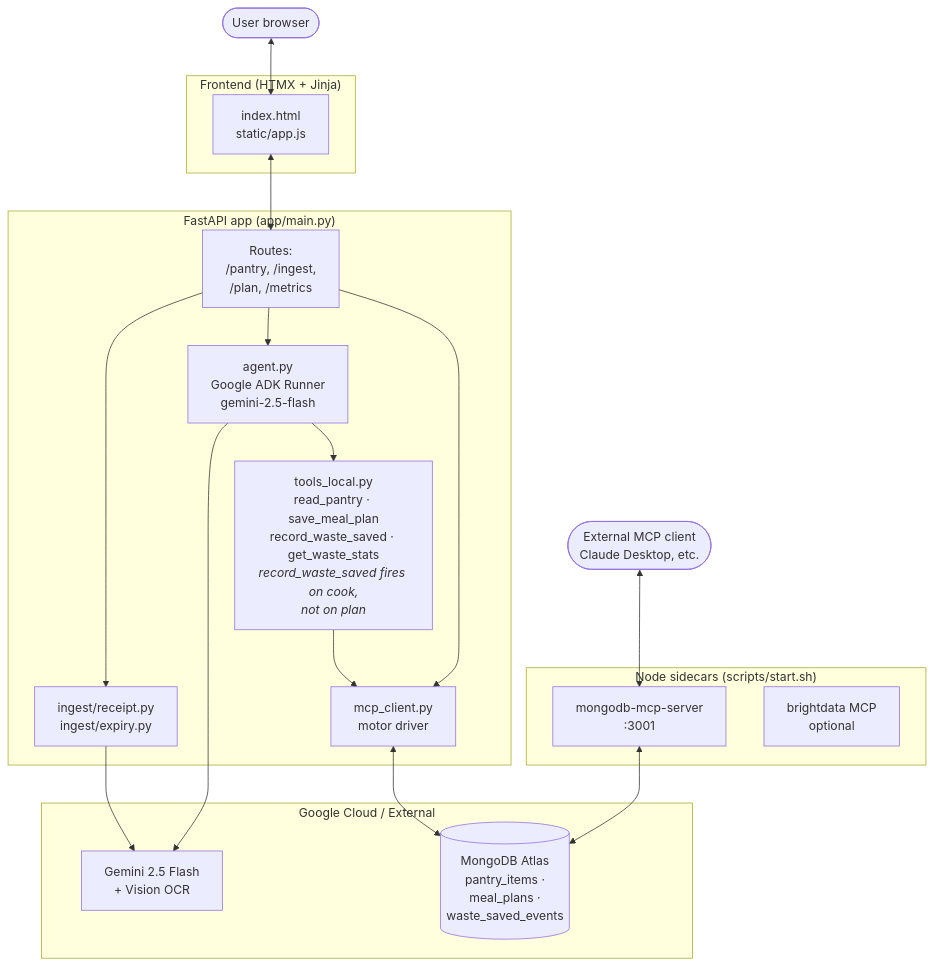
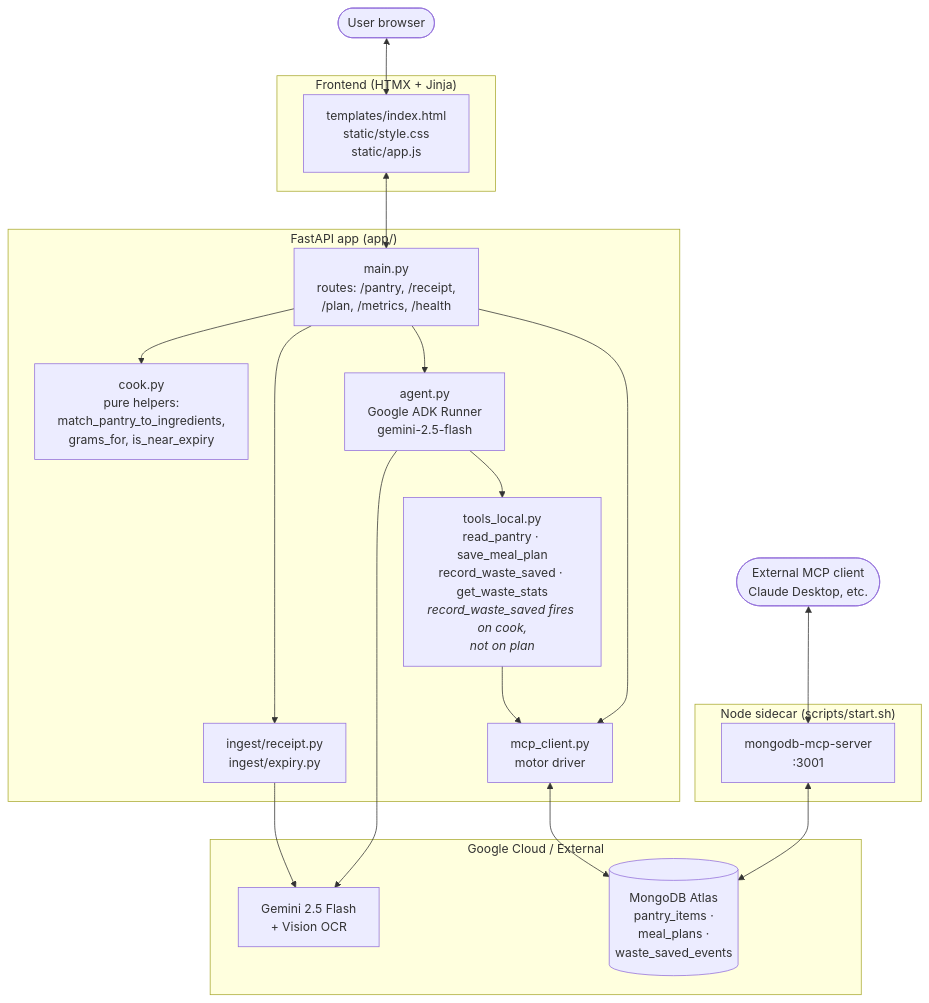
One commit to faketut/PantryPilot changed the third of 3 diagrams in README.md. Above: the diagram before and after it, drawn with Mermaid. The commit also changed 11 other files, not shown here.

First line of the commit message:
feat: add cook flow helpers and tests for pantry management

````diff
--- a/README.md
+++ b/README.md
@@ -73,39 +73,40 @@
 ```mermaid
 flowchart TB
     User([User browser])
 
     subgraph Frontend["Frontend (HTMX + Jinja)"]
-        UI[index.html<br/>static/app.js]
+        UI[templates/index.html<br/>static/style.css<br/>static/app.js]
     end
 
-    subgraph App["FastAPI app (app/main.py)"]
-        Routes[Routes:<br/>/pantry, /ingest,<br/>/plan, /metrics]
+    subgraph App["FastAPI app (app/)"]
+        Routes[main.py<br/>routes: /pantry, /receipt,<br/>/plan, /metrics, /health]
+        Cook[cook.py<br/>pure helpers:<br/>match_pantry_to_ingredients,<br/>grams_for, is_near_expiry]
         Ingest[ingest/receipt.py<br/>ingest/expiry.py]
         Tools[tools_local.py<br/>read_pantry · save_meal_plan<br/>record_waste_saved · get_waste_stats<br/><i>record_waste_saved fires on cook,<br/>not on plan</i>]
         Agent[agent.py<br/>Google ADK Runner<br/>gemini-2.5-flash]
         DataLayer[mcp_client.py<br/>motor driver]
     end
 
-    subgraph Sidecars["Node sidecars (scripts/start.sh)"]
+    subgraph Sidecar["Node sidecar (scripts/start.sh)"]
         MdbMCP[mongodb-mcp-server<br/>:3001]
-        BrightData[brightdata MCP<br/>optional]
     end
 
     subgraph Cloud["Google Cloud / External"]
         Gemini[Gemini 2.5 Flash<br/>+ Vision OCR]
         Atlas[(MongoDB Atlas<br/>pantry_items ·<br/>meal_plans ·<br/>waste_saved_events)]
     end
 
     User <--> UI
     UI <--> Routes
+    Routes --> Cook
     Routes --> Ingest
     Ingest --> Gemini
     Routes --> Agent
     Agent --> Tools
     Agent --> Gemini
     Tools --> DataLayer
     Routes --> DataLayer
     DataLayer <--> Atlas
     MdbMCP <--> Atlas
     ExtClient([External MCP client<br/>Claude Desktop, etc.]) <--> MdbMCP
 ```
````
